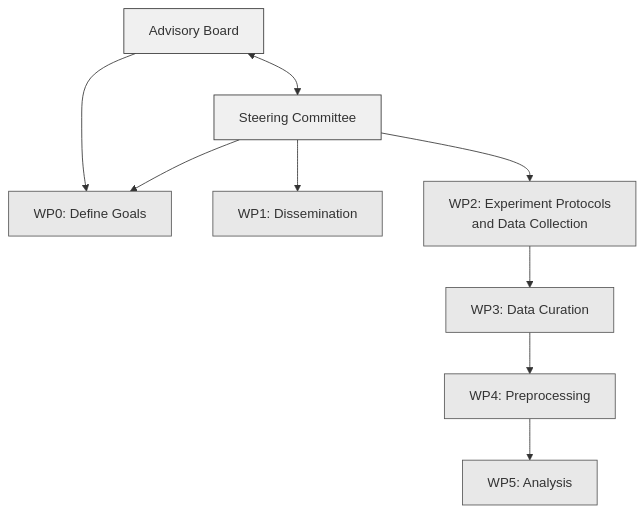
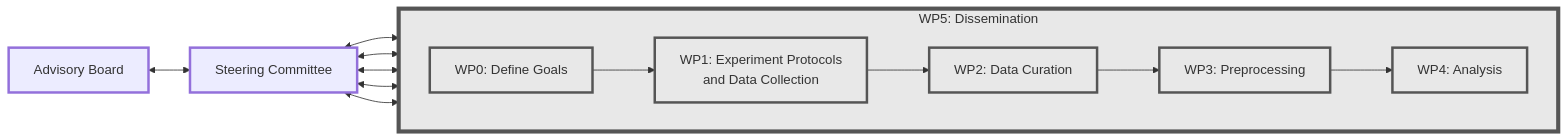
The diagram in index.qmd (JuliusWelzel/eegmanysteps), drawn with Mermaid before and after one commit. The commit also changed other lines of this file, not shown here.

Commit message:
[FIX] mermaid diagram

````diff
--- a/index.qmd
+++ b/index.qmd
@@ -40,34 +40,37 @@
 ```{mermaid}
-graph TD
-    style A fill:#F0F0F0,stroke:#333,stroke-width:1px,corner-radius:5px
-    style S fill:#F0F0F0,stroke:#333,stroke-width:1px,corner-radius:5px
-    style B0 fill:#E8E8E8,stroke:#555,stroke-width:1px,corner-radius:5px
-    style B1 fill:#E8E8E8,stroke:#555,stroke-width:1px,corner-radius:5px
-    style B2 fill:#E8E8E8,stroke:#555,stroke-width:1px,corner-radius:5px
-    style B3 fill:#E8E8E8,stroke:#555,stroke-width:1px,corner-radius:5px
-    style B4 fill:#E8E8E8,stroke:#555,stroke-width:1px,corner-radius:5px
-    style B5 fill:#E8E8E8,stroke:#555,stroke-width:1px,corner-radius:5px
+graph LR
+    style A stroke-width:3px,corner-radius:5px
+    style S stroke-width:3px,corner-radius:5px
+    style B0 fill:#E8E8E8,stroke:#555,stroke-width:3px,corner-radius:5px
+    style B2 fill:#E8E8E8,stroke:#555,stroke-width:3px,corner-radius:5px
+    style B3 fill:#E8E8E8,stroke:#555,stroke-width:3px,corner-radius:5px
+    style B4 fill:#E8E8E8,stroke:#555,stroke-width:3px,corner-radius:5px
+    style B5 fill:#E8E8E8,stroke:#555,stroke-width:3px,corner-radius:5px
+    style B6 fill:#E8E8E8,stroke:#555,stroke-width:5px,corner-radius:5px,fontSize:44
 
+    A[Advisory Board]
+    S[Steering Committee]
 
-    A[ Advisory Board]
-    S[Steering Committee]
     B0[WP0: Define Goals]
-    B1[WP1: Dissemination]
-    B2[WP2: Experiment Protocols<br>and Data Collection]
-    B3[WP3: Data Curation]
-    B4[WP4: Preprocessing]
-    B5[WP5: Analysis]
+    B2[WP1: Experiment Protocols<br>and Data Collection]
+    B3[WP2: Data Curation]
+    B4[WP3: Preprocessing]
+    B5[WP4: Analysis]
+    B6[WP5: Dissemination]
+
+    subgraph B6[WP5: Dissemination]
+        direction LR
+        B0 --> B2
+        B2 --> B3
+        B3 --> B4
+        B4 --> B5
+    end
 
     A <--> S
-    A --> B0
-    S --> B0
-    S --> B1
-    S --> B2
-
-    B2 --> B3
-    B3 --> B4
-    B4 --> B5
-
-    
+    S <--> B0
+    S <--> B2
+    S <--> B3
+    S <--> B4
+    S <--> B5
 
 ```
````
